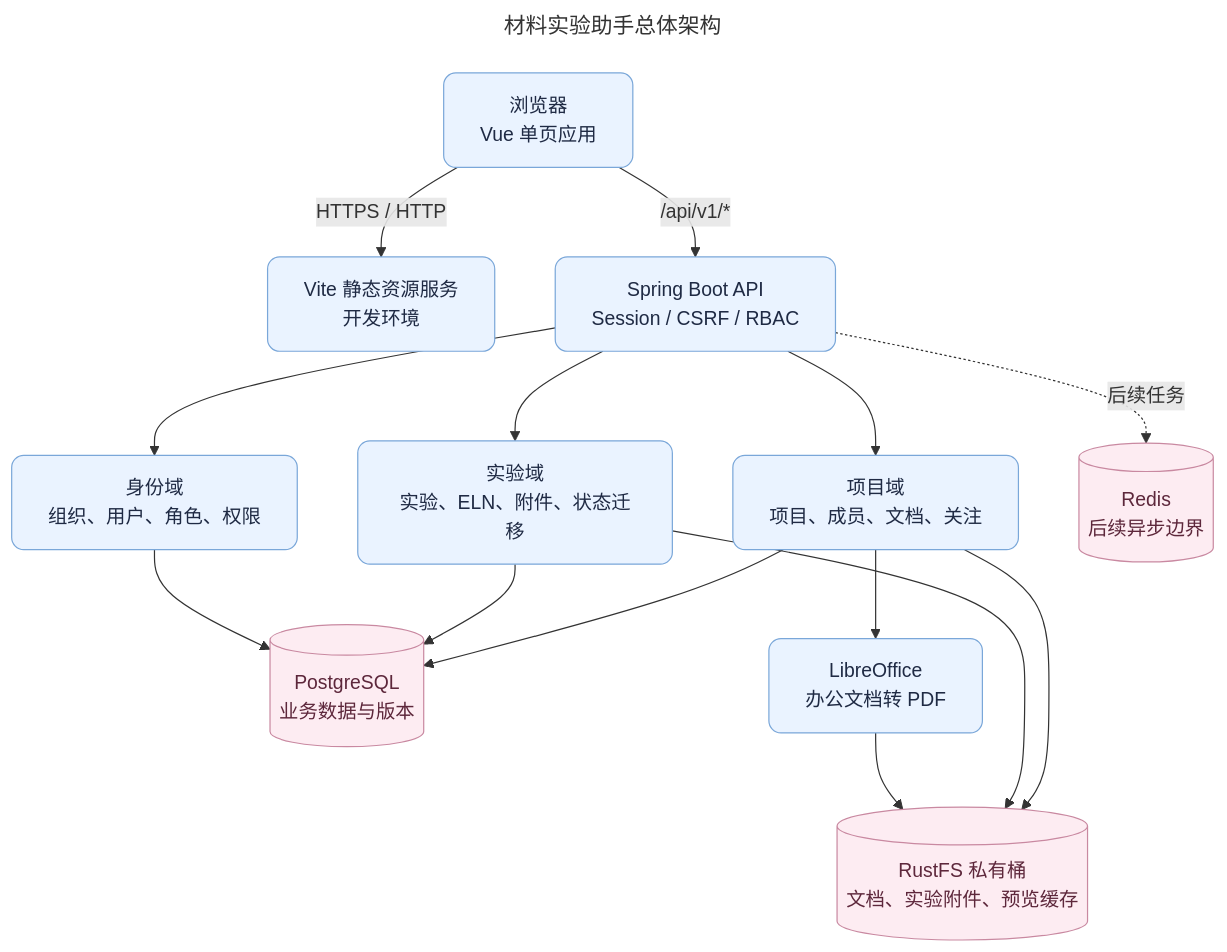
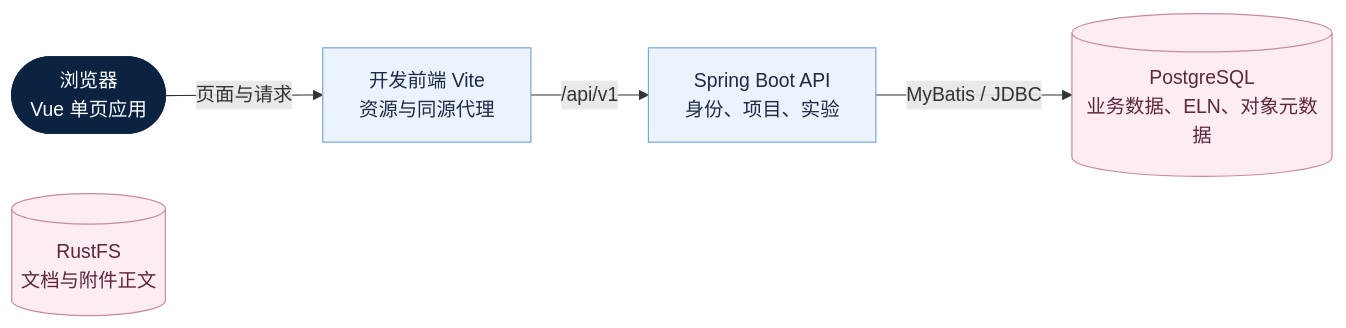
Before and after one commit to bujiuzhi/labAssistant: the diagram in docs/overview-design.md, drawn with Mermaid. The commit also changed other lines of this file and 161 other files, not shown here.

````diff
--- a/docs/overview-design.md
+++ b/docs/overview-design.md
@@ -61,33 +55,19 @@
 ```mermaid
----
-title: 材料实验助手总体架构
----
-flowchart TB
-    Browser["浏览器<br/>Vue 单页应用"]:::process
-    Web["Vite 静态资源服务<br/>开发环境"]:::process
-    Api["Spring Boot API<br/>Session / CSRF / RBAC"]:::process
-    Project["项目域<br/>项目、成员、文档、关注"]:::process
-    Experiment["实验域<br/>实验、ELN、附件、状态迁移"]:::process
-    Identity["身份域<br/>组织、用户、角色、权限"]:::process
-    Db[("PostgreSQL<br/>业务数据与版本")]:::storage
-    Media[("RustFS 私有桶<br/>文档、实验附件、预览缓存")]:::storage
-    Preview["LibreOffice<br/>办公文档转 PDF"]:::process
-    Redis[("Redis<br/>后续异步边界")]:::storage
-
-    Browser -->|"HTTPS / HTTP"| Web
-    Browser -->|"/api/v1/*"| Api
-    Api --> Project
-    Api --> Experiment
-    Api --> Identity
-    Project --> Db
-    Experiment --> Db
-    Identity --> Db
-    Project --> Media
-    Experiment --> Media
-    Project --> Preview
-    Preview --> Media
-    Api -. "后续任务" .-> Redis
-
-    classDef process fill:#EAF3FF,stroke:#7AA7D9,stroke-width:1px,color:#1F2A44,rx:10,ry:10;
-    classDef storage fill:#FDECF2,stroke:#C989A1,stroke-width:1px,color:#5D273B,rx:10,ry:10;
+flowchart LR
+    accTitle: 材料实验助手当前运行架构
+    accDescr: 浏览器经开发前端同源代理访问 Java API；API 将身份、项目、实验和 ELN 写入 PostgreSQL，将项目文档和实验附件正文写入 RustFS。
+    browser(["浏览器<br/>Vue 单页应用"])
+    frontend["开发前端 Vite<br/>资源与同源代理"]
+    api["Spring Boot API<br/>身份、项目、实验"]
+    database[("PostgreSQL<br/>业务数据、ELN、对象元数据")]
+    rustfs[("RustFS<br/>文档与附件正文")]
+    browser -->|"页面与请求"| frontend
+    frontend -->|"/api/v1"| api
+    api -->|"MyBatis / JDBC"| database
+    classDef terminal fill:#0B2341,stroke:#0B2341,color:#FFFFFF;
+    classDef process fill:#EAF3FF,stroke:#7AA7D9,color:#1F2A44;
+    classDef storage fill:#FDECF2,stroke:#C989A1,color:#5D273B;
+    class browser terminal;
+    class frontend,api process;
+    class database,rustfs storage;
 ```
````
